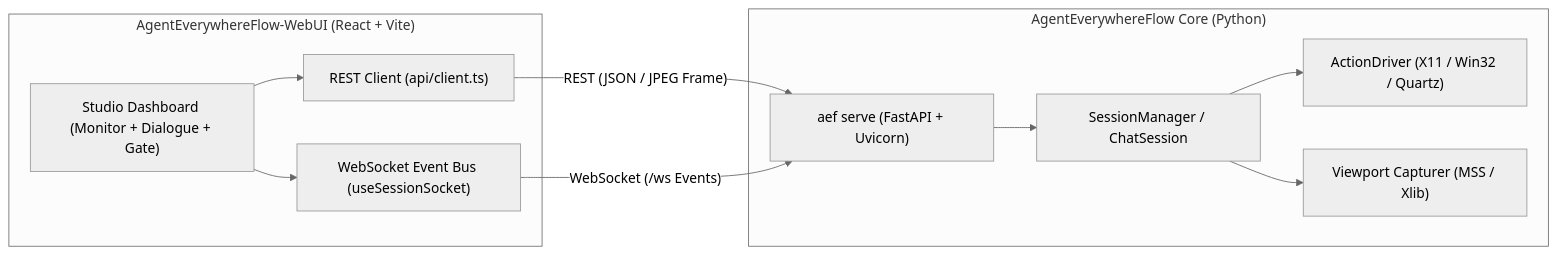
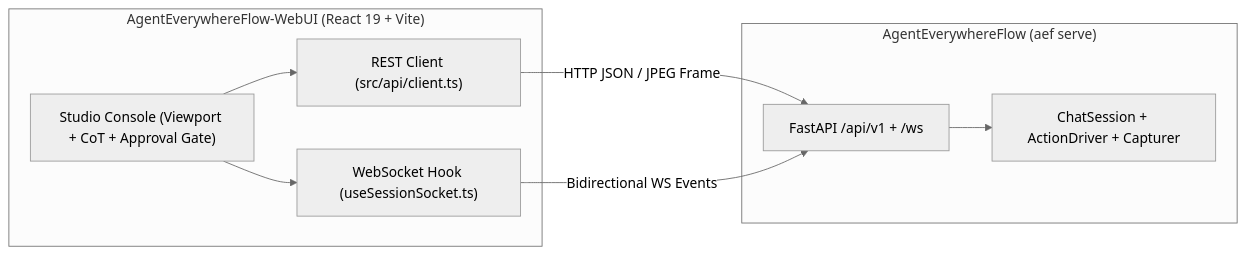
Before and after one commit to mcocdaa/AgentEverywhereFlow-WebUI: the diagram in README.md, drawn with Mermaid (neutral theme). The commit also changed other lines of this file and 1 other file, not shown here.

````diff
--- a/README.md
+++ b/README.md
@@ -64,23 +64,18 @@
 ```mermaid
 flowchart LR
-    subgraph CoreBackend["AgentEverywhereFlow Core (Python)"]
-        Server["aef serve (FastAPI + Uvicorn)"]
-        Session["SessionManager / ChatSession"]
-        Driver["ActionDriver (X11 / Win32 / Quartz)"]
-        Capturer["Viewport Capturer (MSS / Xlib)"]
+    subgraph WebUI["AgentEverywhereFlow-WebUI (React 19 + Vite)"]
+        UI["Studio Console (Viewport + CoT + Approval Gate)"]
+        REST["REST Client (src/api/client.ts)"]
+        WS["WebSocket Hook (useSessionSocket.ts)"]
     end
 
-    subgraph WebUI["AgentEverywhereFlow-WebUI (React + Vite)"]
-        Client["REST Client (api/client.ts)"]
-        SocketHook["WebSocket Event Bus (useSessionSocket)"]
-        UI["Studio Dashboard (Monitor + Dialogue + Gate)"]
+    subgraph Backend["AgentEverywhereFlow (aef serve)"]
+        API["FastAPI /api/v1 + /ws"]
+        Runtime["ChatSession + ActionDriver + Capturer"]
     end
 
-    UI --> Client
-    UI --> SocketHook
-    Client -- "REST (JSON / JPEG Frame)" --> Server
-    SocketHook -- "WebSocket (/ws Events)" --> Server
-    Server --> Session
-    Session --> Capturer
-    Session --> Driver
+    UI --> REST & WS
+    REST -- "HTTP JSON / JPEG Frame" --> API
+    WS -- "Bidirectional WS Events" --> API
+    API --> Runtime
 ```
````
